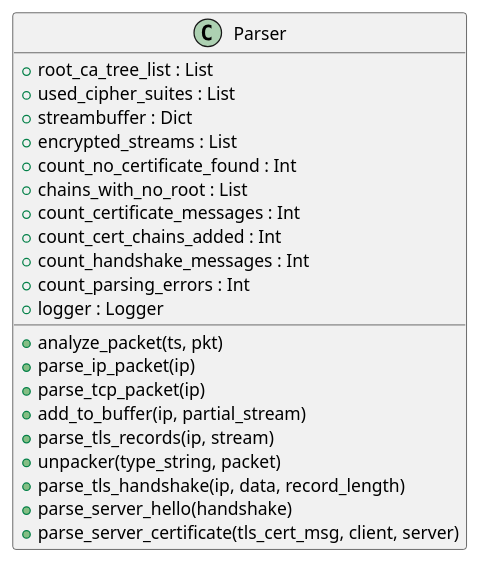
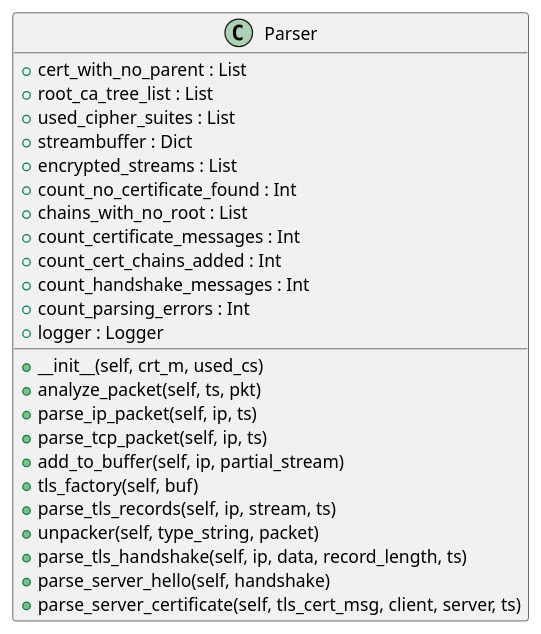
Before and after one commit to SebBil/PcapAnalyse: the fourth of 5 diagrams in UML/Classes.puml, drawn with PlantUML. The commit also changed other lines of this file and 4 other files, not shown here.

```diff
--- a/UML/Classes.puml
+++ b/UML/Classes.puml
@@ -34,25 +40,28 @@
 @startuml
 class Parser {
+    + cert_with_no_parent : List
     + root_ca_tree_list : List
     + used_cipher_suites : List
     + streambuffer : Dict
     + encrypted_streams : List
     + count_no_certificate_found : Int
     + chains_with_no_root : List
     + count_certificate_messages : Int
     + count_cert_chains_added : Int
     + count_handshake_messages : Int
     + count_parsing_errors : Int
     + logger : Logger
 
-    + analyze_packet(ts, pkt)
-    + parse_ip_packet(ip)
-    + parse_tcp_packet(ip)
-    + add_to_buffer(ip, partial_stream)
-    + parse_tls_records(ip, stream)
-    + unpacker(type_string, packet)
-    + parse_tls_handshake(ip, data, record_length)
-    + parse_server_hello(handshake)
-    + parse_server_certificate(tls_cert_msg, client, server)
+    + __init__(self, crt_m, used_cs)
+    + analyze_packet(self, ts, pkt)
+    + parse_ip_packet(self, ip, ts)
+    + parse_tcp_packet(self, ip, ts)
+    + add_to_buffer(self, ip, partial_stream)
+    + tls_factory(self, buf)
+    + parse_tls_records(self, ip, stream, ts)
+    + unpacker(self, type_string, packet)
+    + parse_tls_handshake(self, ip, data, record_length, ts)
+    + parse_server_hello(self, handshake)
+    + parse_server_certificate(self, tls_cert_msg, client, server, ts)
 }
 @enduml
```
